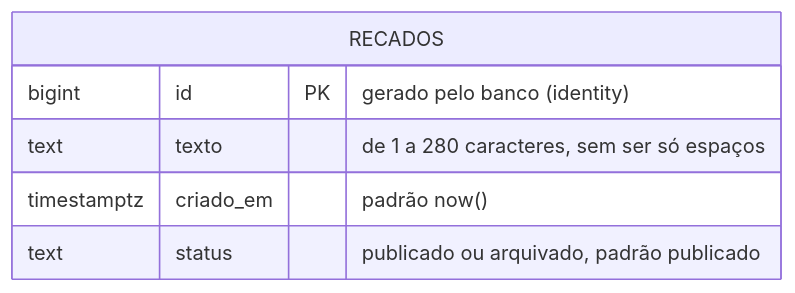
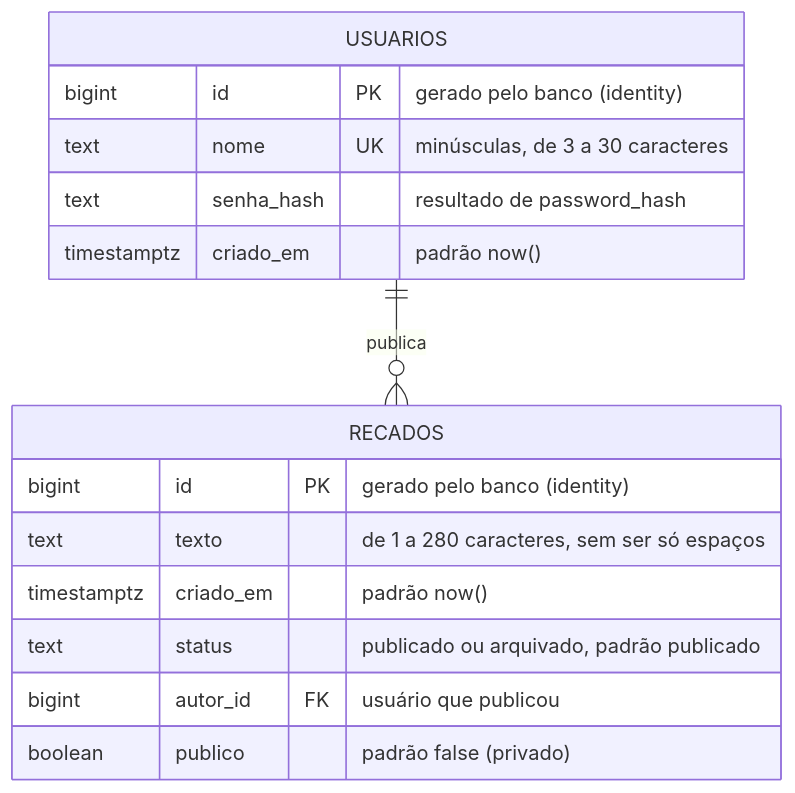
The first of 2 diagrams in docs/modelo-de-dados.md (jacksongomesbr/uft-cc-dwm-mini-mural-php), drawn with Mermaid before and after one commit. The commit also changed other lines of this file and 6 other files, not shown here.

````diff
--- a/docs/modelo-de-dados.md
+++ b/docs/modelo-de-dados.md
@@ -9,9 +11,18 @@
 ```mermaid
 erDiagram
+    USUARIOS ||--o{ RECADOS : "publica"
+    USUARIOS {
+        bigint id PK "gerado pelo banco (identity)"
+        text nome UK "minúsculas, de 3 a 30 caracteres"
+        text senha_hash "resultado de password_hash"
+        timestamptz criado_em "padrão now()"
+    }
     RECADOS {
         bigint id PK "gerado pelo banco (identity)"
         text texto "de 1 a 280 caracteres, sem ser só espaços"
         timestamptz criado_em "padrão now()"
         text status "publicado ou arquivado, padrão publicado"
+        bigint autor_id FK "usuário que publicou"
+        boolean publico "padrão false (privado)"
     }
 ```
````
